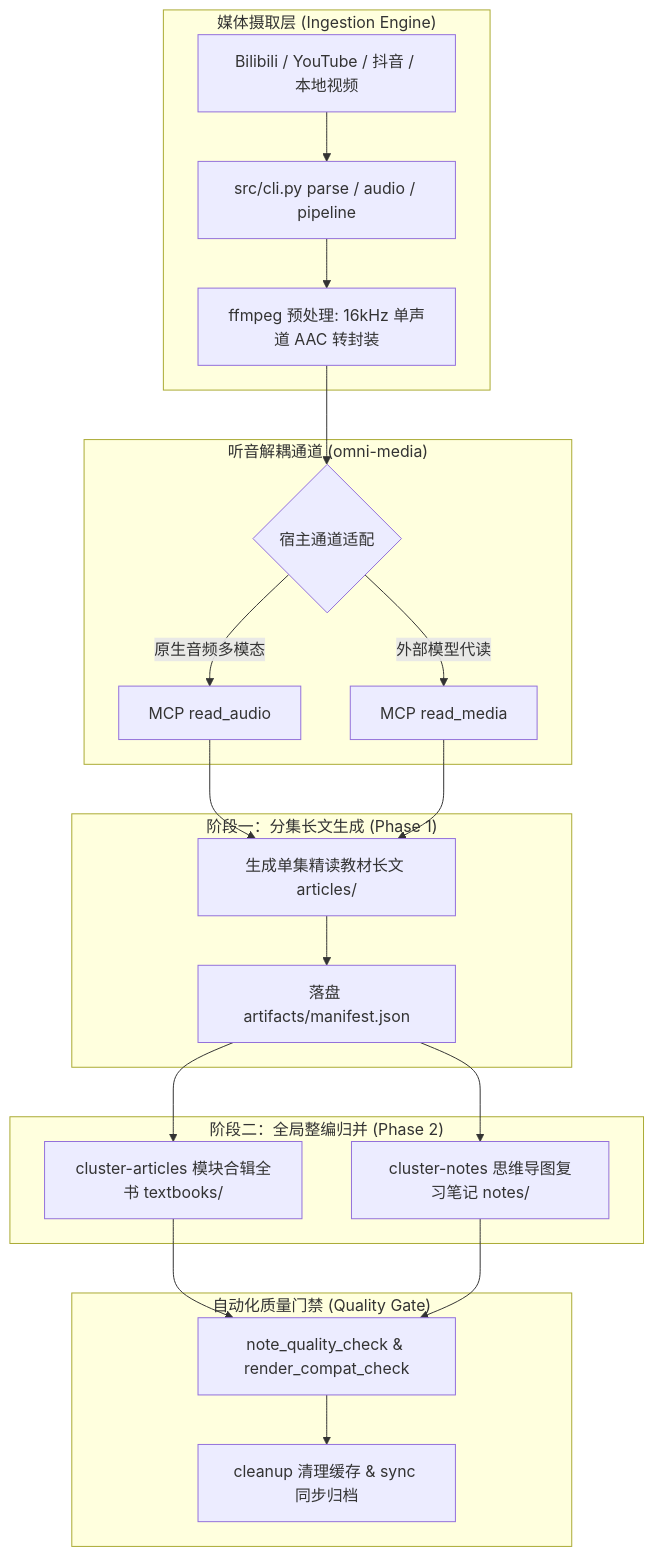
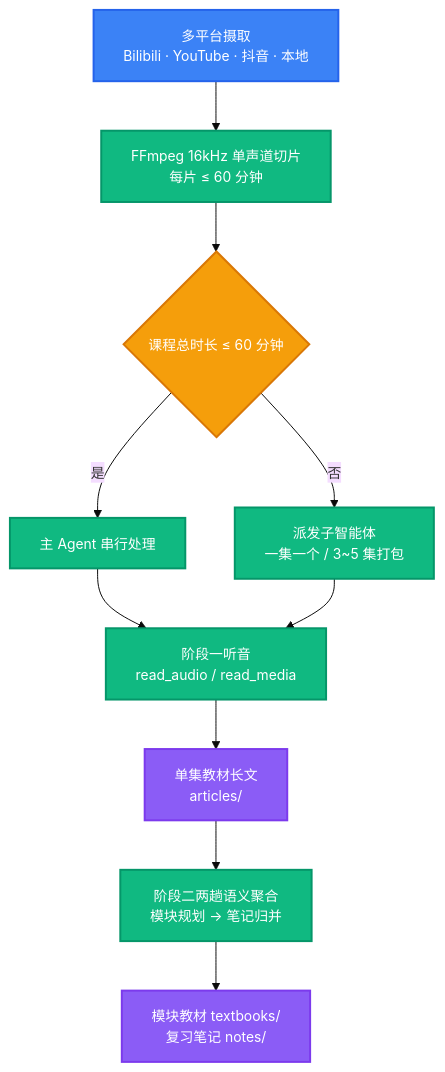
The diagram in README.md (LINJIANG12/bili-video2book), drawn with Mermaid before and after one commit. The commit also changed other lines of this file and 1 other file, not shown here.

````diff
--- a/README.md
+++ b/README.md
@@ -89,30 +167,23 @@
 ```mermaid
+%%{init: {'theme': 'base', 'themeVariables': {'fontSize': '14px'}}}%%
 flowchart TD
-    subgraph Ingestion["媒体摄取层 (Ingestion Engine)"]
-        A[Bilibili / YouTube / 抖音 / 本地视频] --> B[src/cli.py parse / audio / pipeline]
-        B --> C[ffmpeg 预处理: 16kHz 单声道 AAC 转封装]
-    end
+    A[多平台摄取<br/>Bilibili · YouTube · 抖音 · 本地] --> B[FFmpeg 16kHz 单声道切片<br/>每片 ≤ 60 分钟]
+    B --> C{课程总时长 ≤ 60 分钟}
+    C -->|是| D[主 Agent 串行处理]
+    C -->|否| E[派发子智能体<br/>一集一个 / 3~5 集打包]
+    D --> F[阶段一听音<br/>read_audio / read_media]
+    E --> F
+    F --> G[单集教材长文<br/>articles/]
+    G --> H[阶段二两趟语义聚合<br/>模块规划 → 笔记归并]
+    H --> I[模块教材 textbooks/<br/>复习笔记 notes/]
 
-    subgraph AudioEngine["听音解耦通道 (omni-media)"]
-        C --> D{宿主通道适配}
-        D -->|原生音频多模态| E[MCP read_audio]
-        D -->|外部模型代读| F[MCP read_media]
-    end
+    classDef start fill:#3B82F6,stroke:#2563EB,color:#fff,stroke-width:2px
+    classDef process fill:#10B981,stroke:#059669,color:#fff,stroke-width:2px
+    classDef decision fill:#F59E0B,stroke:#D97706,color:#fff,stroke-width:2px
+    classDef data fill:#8B5CF6,stroke:#7C3AED,color:#fff,stroke-width:2px
 
-    subgraph PhaseOne["阶段一：分集长文生成 (Phase 1)"]
-        E --> G[生成单集精读教材长文 articles/]
-        F --> G
-        G --> H[落盘 artifacts/manifest.json]
-    end
-
-    subgraph PhaseTwo["阶段二：全局整编归并 (Phase 2)"]
-        H --> I[cluster-articles 模块合辑全书 textbooks/]
-        H --> J[cluster-notes 思维导图复习笔记 notes/]
-    end
-
-    subgraph Gate["自动化质量门禁 (Quality Gate)"]
-        I --> K[note_quality_check & render_compat_check]
-        J --> K
-        K --> L[cleanup 清理缓存 & sync 同步归档]
-    end
+    class A start
+    class B,D,E,F,H process
+    class C decision
+    class G,I data
 ```
````
